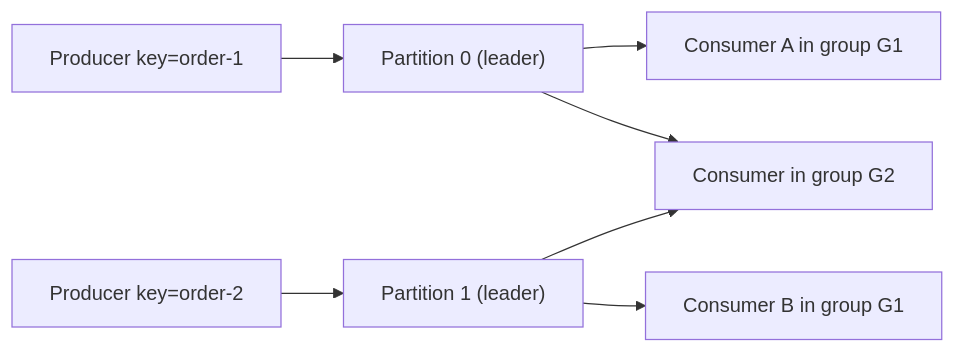
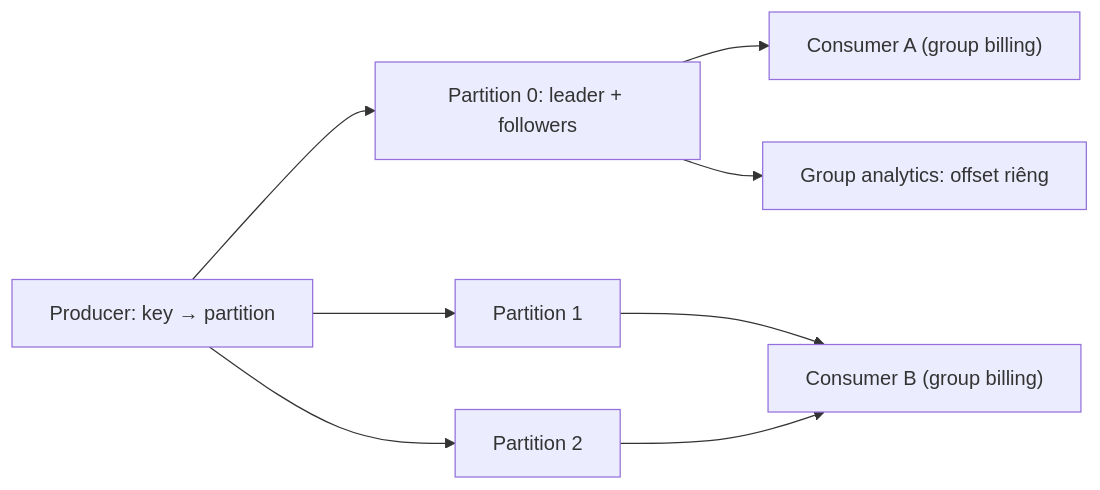
Before and after one commit to passion-Infinity/personal-tech-playbook: the diagram in src/assets/knowledge/playbooks/data-engineering/kafka-fundamentals.md, drawn with Mermaid. The commit also changed other lines of this file and 5 other files, not shown here.

````diff
--- a/src/assets/knowledge/playbooks/data-engineering/kafka-fundamentals.md
+++ b/src/assets/knowledge/playbooks/data-engineering/kafka-fundamentals.md
@@ -27,9 +44,10 @@
 ```mermaid
 flowchart LR
-    P1[Producer key=order-1] --> T0["Partition 0 (leader)"]
-    P2[Producer key=order-2] --> T1["Partition 1 (leader)"]
-    T0 --> C1[Consumer A in group G1]
-    T1 --> C2[Consumer B in group G1]
-    T0 --> C3[Consumer in group G2]
-    T1 --> C3
+    P["Producer: key → partition"] --> T0["Partition 0: leader + followers"]
+    P --> T1["Partition 1"]
+    P --> T2["Partition 2"]
+    T0 --> C1["Consumer A (group billing)"]
+    T1 --> C2["Consumer B (group billing)"]
+    T2 --> C2
+    T0 --> G2["Group analytics: offset riêng"]
 ```
````
